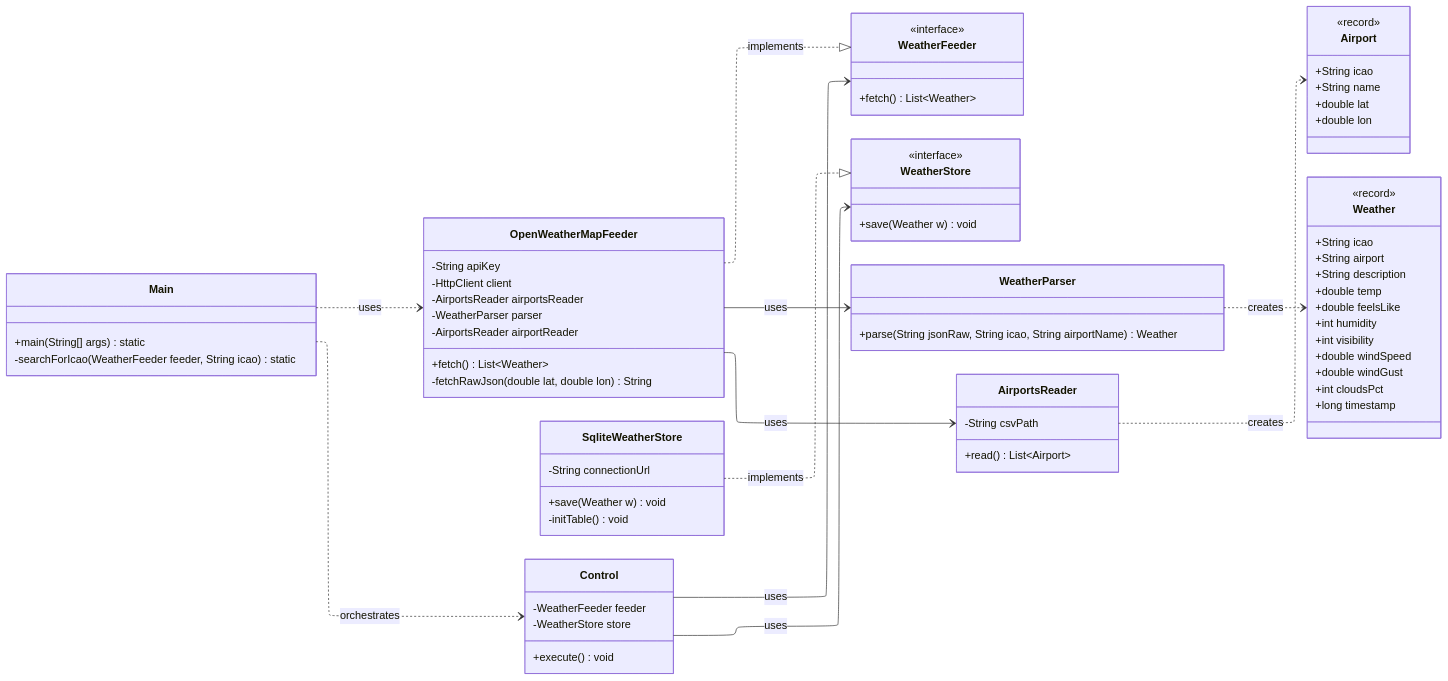
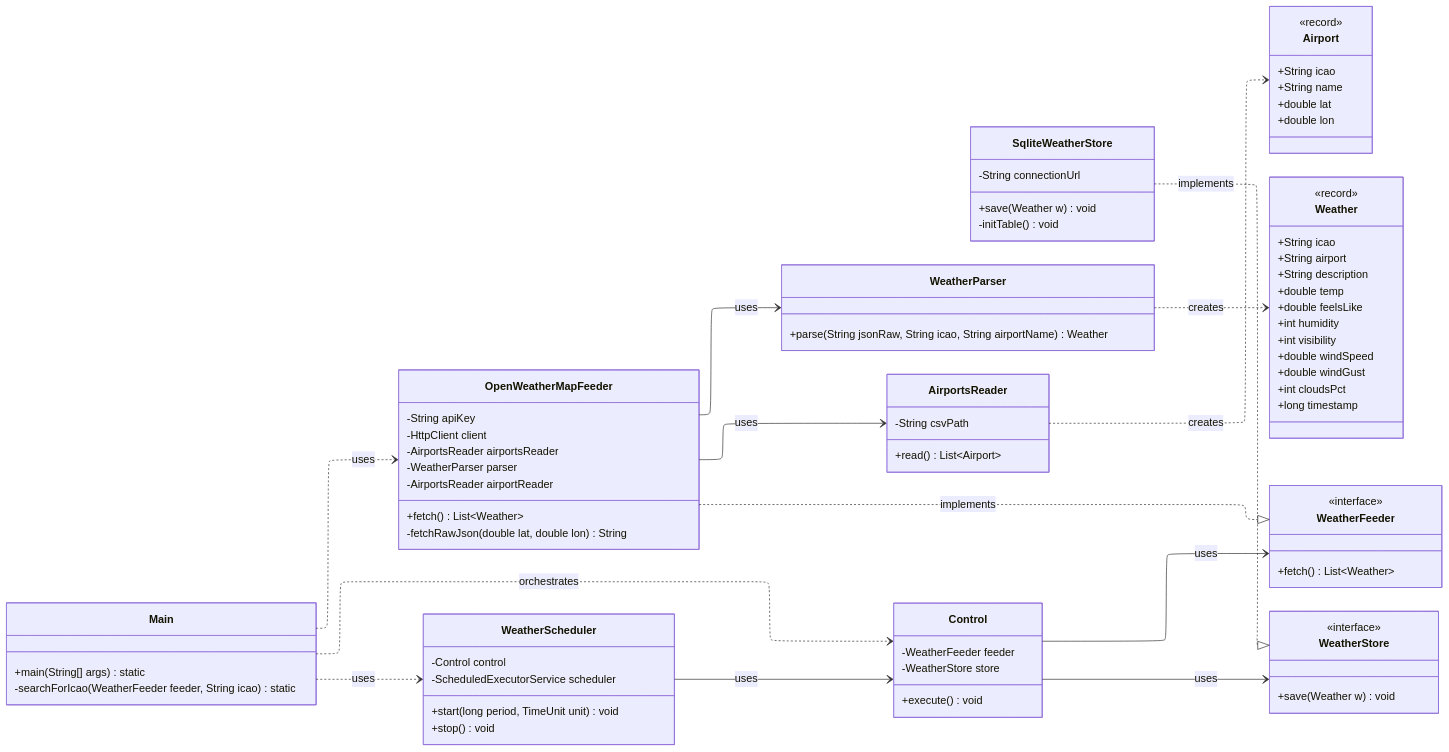
One commit to NoVibesJustCode/sky-delay-forecast changed the second of 2 diagrams in readme.md. Above: the diagram before and after it, drawn with Mermaid.

Commit message:
docs: add WeatherScheduler class to diagram

`````diff
--- a/readme.md
+++ b/readme.md
@@ -90,83 +90,96 @@
 classDiagram
 direction LR
     class Airport {
-	    +String icao
-	    +String name
-	    +double lat
-	    +double lon
+        +String icao
+        +String name
+        +double lat
+        +double lon
     }
 
     class Weather {
-	    +String icao
-	    +String airport
-	    +String description
-	    +double temp
-	    +double feelsLike
-	    +int humidity
-	    +int visibility
-	    +double windSpeed
-	    +double windGust
-	    +int cloudsPct
-	    +long timestamp
+        +String icao
+        +String airport
+        +String description
+        +double temp
+        +double feelsLike
+        +int humidity
+        +int visibility
+        +double windSpeed
+        +double windGust
+        +int cloudsPct
+        +long timestamp
     }
 
     class WeatherFeeder {
-	    +fetch() List~Weather~
+        +fetch() List~Weather~
     }
 
     class WeatherStore {
-	    +save(Weather w) void
+        +save(Weather w) void
     }
 
     class OpenWeatherMapFeeder {
-	    -String apiKey
-	    -HttpClient client
-	    -AirportsReader airportsReader
-	    -WeatherParser parser
-	    -AirportsReader airportReader
-	    +fetch() List~Weather~
-	    -fetchRawJson(double lat, double lon) String
+        -String apiKey
+        -HttpClient client
+        -AirportsReader airportsReader
+        -WeatherParser parser
+        -AirportsReader airportReader
+        +fetch() List~Weather~
+        -fetchRawJson(double lat, double lon) String
     }
 
     class SqliteWeatherStore {
-	    -String connectionUrl
-	    +save(Weather w) void
-	    -initTable() void
+        -String connectionUrl
+        +save(Weather w) void
+        -initTable() void
     }
 
     class WeatherParser {
-	    +parse(String jsonRaw, String icao, String airportName) Weather
+        +parse(String jsonRaw, String icao, String airportName) Weather
     }
 
     class AirportsReader {
-	    -String csvPath
-	    +read() List~Airport~
+        -String csvPath
+        +read() List~Airport~
     }
 
     class Control {
-	    -WeatherFeeder feeder
-	    -WeatherStore store
-	    +execute() void
+        -WeatherFeeder feeder
+        -WeatherStore store
+        +execute() void
+    }
+
+    class WeatherScheduler {
+        -Control control
+        -ScheduledExecutorService scheduler
+        +start(long period, TimeUnit unit) void
+        +stop() void
     }
 
     class Main {
-	    +main(String[] args) static
-	    -searchForIcao(WeatherFeeder feeder, String icao) static
+        +main(String[] args) static
+        -searchForIcao(WeatherFeeder feeder, String icao) static
     }
 
-	<<record>> Airport
-	<<record>> Weather
-	<<interface>> WeatherFeeder
-	<<interface>> WeatherStore
+    <<record>> Airport
+    <<record>> Weather
+    <<interface>> WeatherFeeder
+    <<interface>> WeatherStore
 
     OpenWeatherMapFeeder ..|> WeatherFeeder : implements
     SqliteWeatherStore ..|> WeatherStore : implements
+    
     Control --> WeatherFeeder : uses
     Control --> WeatherStore : uses
+    WeatherScheduler --> Control : uses
+    
     OpenWeatherMapFeeder --> AirportsReader : uses
     OpenWeatherMapFeeder --> WeatherParser : uses
+    
     AirportsReader ..> Airport : creates
     WeatherParser ..> Weather : creates
+    
     Main ..> Control : orchestrates
+    Main ..> WeatherScheduler : uses
     Main ..> OpenWeatherMapFeeder : uses
 ````
`````
